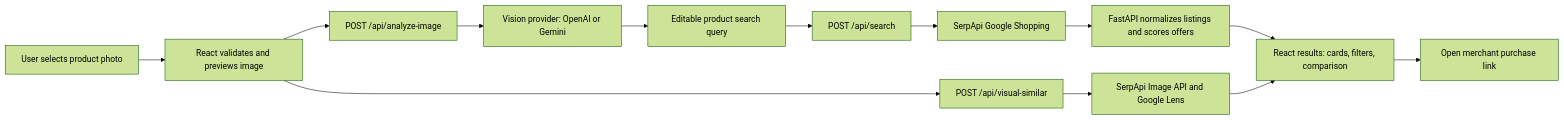
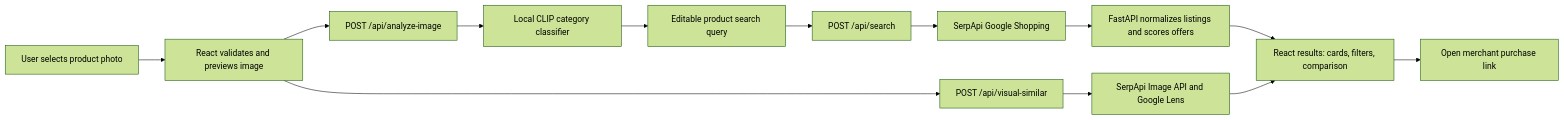
One commit to JaivPatel07/ShopLens changed the first of 2 diagrams in README.md. Above: the diagram before and after it, drawn with Mermaid (forest theme). The commit also changed other lines of this file and 11 other files, not shown here.

Commit message:
Implement local CLIP image classification and update vision provider configuration

````diff
--- a/README.md
+++ b/README.md
@@ -61,15 +62,15 @@
 ```mermaid
 flowchart LR
   U[User selects product photo] --> F[React validates and previews image]
   F --> A[POST /api/analyze-image]
-  A --> V[Vision provider: OpenAI or Gemini]
+  A --> V[Local CLIP category classifier]
   V --> Q[Editable product search query]
   Q --> S[POST /api/search]
   S --> G[SerpApi Google Shopping]
   G --> N[FastAPI normalizes listings and scores offers]
   N --> R[React results: cards, filters, comparison]
   F --> L[POST /api/visual-similar]
   L --> GL[SerpApi Image API and Google Lens]
   GL --> R
   R --> M[Open merchant purchase link]
 ```
````
